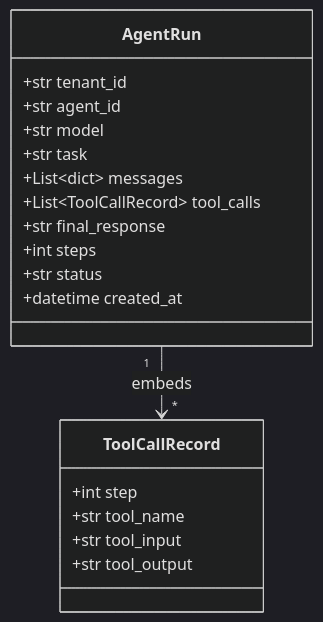
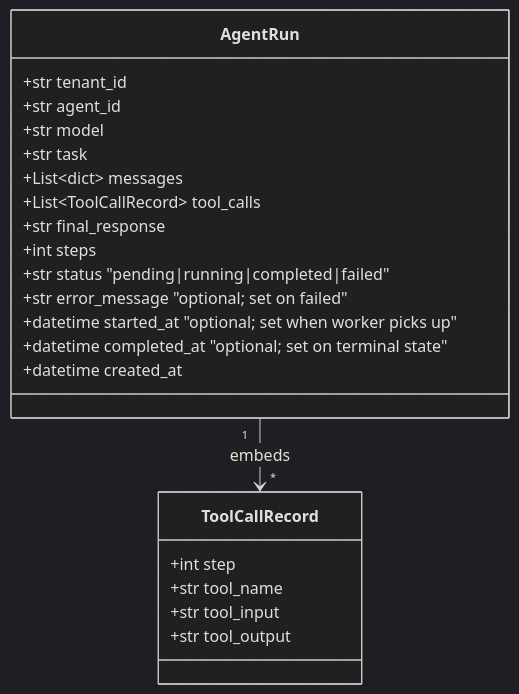
The fifth of 11 diagrams in docs/models_schemas_db.md (EladAriel/mini-agent-platform), drawn with Mermaid (dark theme) before and after one commit. The commit also changed other lines of this file and 53 other files, not shown here.

````diff
--- a/docs/models_schemas_db.md
+++ b/docs/models_schemas_db.md
@@ -126,22 +133,25 @@
 ```mermaid
 classDiagram
     class AgentRun {
         +str tenant_id
         +str agent_id
         +str model
         +str task
         +List~dict~ messages
         +List~ToolCallRecord~ tool_calls
         +str final_response
         +int steps
-        +str status
+        +str status "pending|running|completed|failed"
+        +str error_message "optional; set on failed"
+        +datetime started_at "optional; set when worker picks up"
+        +datetime completed_at "optional; set on terminal state"
         +datetime created_at
     }
     class ToolCallRecord {
         +int step
         +str tool_name
         +str tool_input
         +str tool_output
     }
     AgentRun "1" --> "*" ToolCallRecord : embeds
 ```
````
